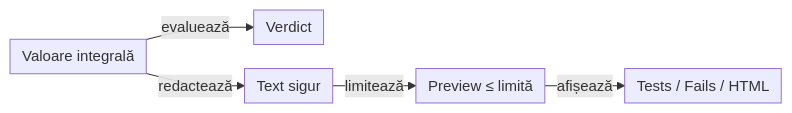
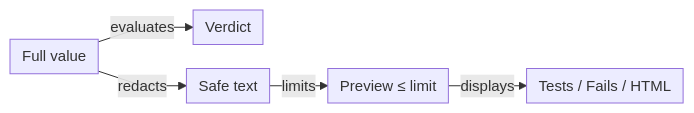
One commit to crististefanita/atf_j0 changed the fifth of 11 diagrams in docs/ATF_Reporting_Contract.md. Above: the diagram before and after it, drawn with Mermaid. The commit also changed other lines of this file and 113 other files, not shown here.

````diff
--- a/docs/ATF_Reporting_Contract.md
+++ b/docs/ATF_Reporting_Contract.md
@@ -560,8 +433,8 @@
 ```mermaid
 %%{init: {"themeVariables":{"fontSize":"15px"},"themeCSS":".nodeLabel, .nodeLabel p { font-size: 15px !important; line-height: 1.35 !important; } .edgeLabel, .edgeLabel p { font-size: 12px !important; font-weight: 400 !important; line-height: 1.2 !important; } .edgeLabel .labelBkg, .edgeLabel p { background: transparent !important; } .edgeLabel foreignObject { transform: translateY(-18px); overflow: visible; } .node rect { rx: 6px; ry: 6px; }","flowchart":{"curve":"linear","nodeSpacing":24,"rankSpacing":24,"padding":6,"diagramPadding":20}}}%%
 flowchart LR
-    Raw["Valoare integrală"] -->|evaluează| Verdict["Verdict"]
-    Raw -->|redactează| Safe["Text sigur"]
-    Safe -->|limitează| Preview["Preview ≤ limită"]
-    Preview -->|afișează| Views["Tests / Fails / HTML"]
+    Raw["Full value"] -->|evaluates| Verdict["Verdict"]
+    Raw -->|redacts| Safe["Safe text"]
+    Safe -->|limits| Preview["Preview ≤ limit"]
+    Preview -->|displays| Views["Tests / Fails / HTML"]
 ```
````
